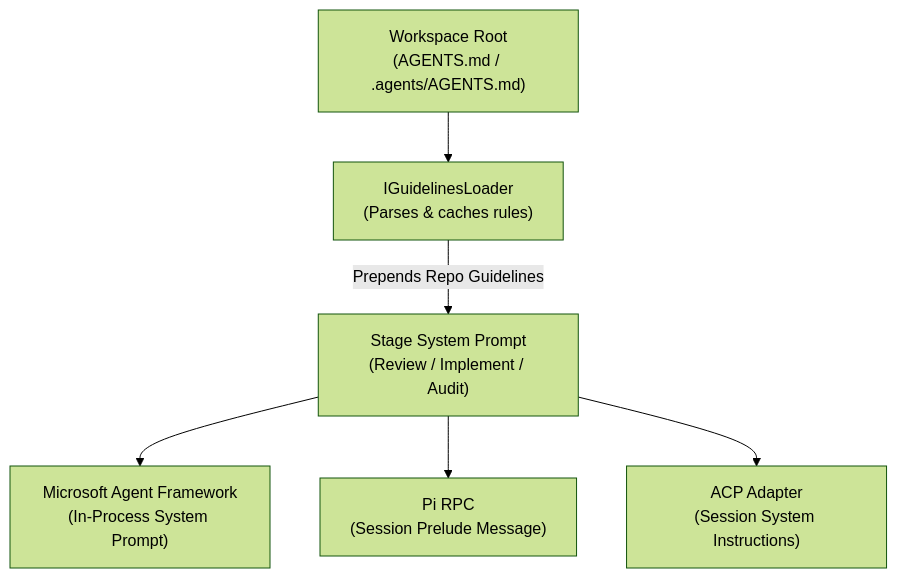
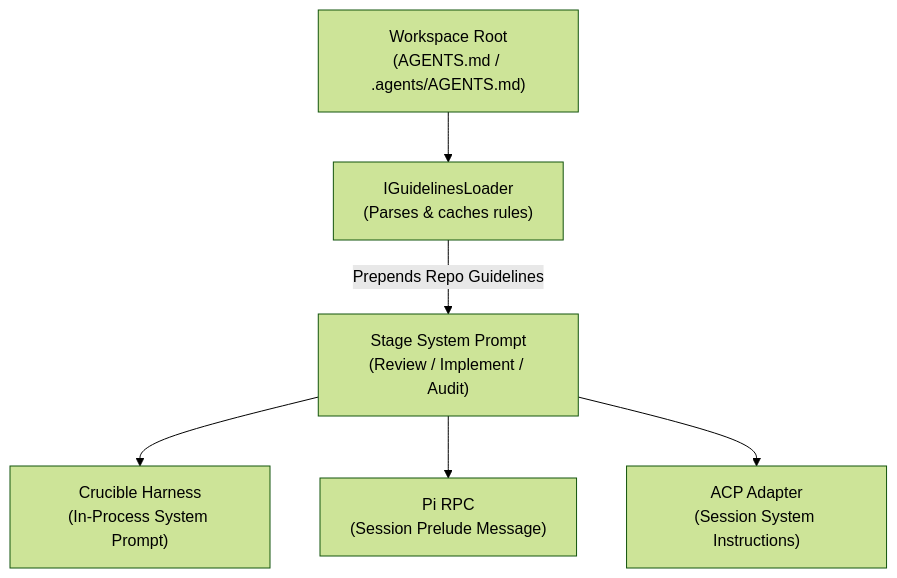
Before and after one commit to jetelain/NightCodeForge: the ninth of 14 diagrams in docs/ARCHITECTURE.md, drawn with Mermaid (forest theme). The commit also changed other lines of this file and 2 other files, not shown here.

````diff
--- a/docs/ARCHITECTURE.md
+++ b/docs/ARCHITECTURE.md
@@ -603,12 +624,12 @@
 ```mermaid
 flowchart TD
     RepoFile["Workspace Root\n(AGENTS.md / .agents/AGENTS.md)"]
     Loader["IGuidelinesLoader\n(Parses & caches rules)"]
     SystemPrompt["Stage System Prompt\n(Review / Implement / Audit)"]
     
     RepoFile --> Loader
     Loader -->|Prepends Repo Guidelines| SystemPrompt
-    SystemPrompt --> MsHarness["Microsoft Agent Framework\n(In-Process System Prompt)"]
+    SystemPrompt --> CrucibleHarness["Crucible Harness\n(In-Process System Prompt)"]
     SystemPrompt --> PiHarness["Pi RPC\n(Session Prelude Message)"]
     SystemPrompt --> AcpHarness["ACP Adapter\n(Session System Instructions)"]
 ```
````
